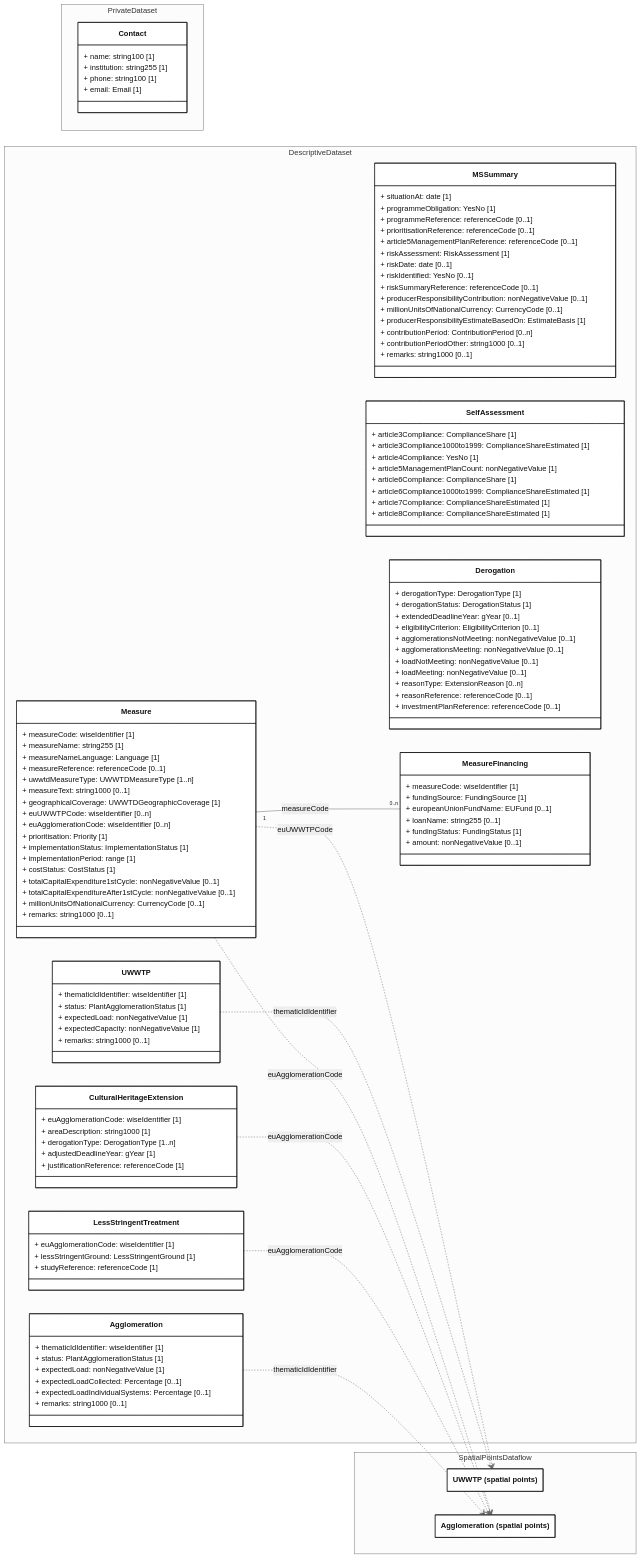
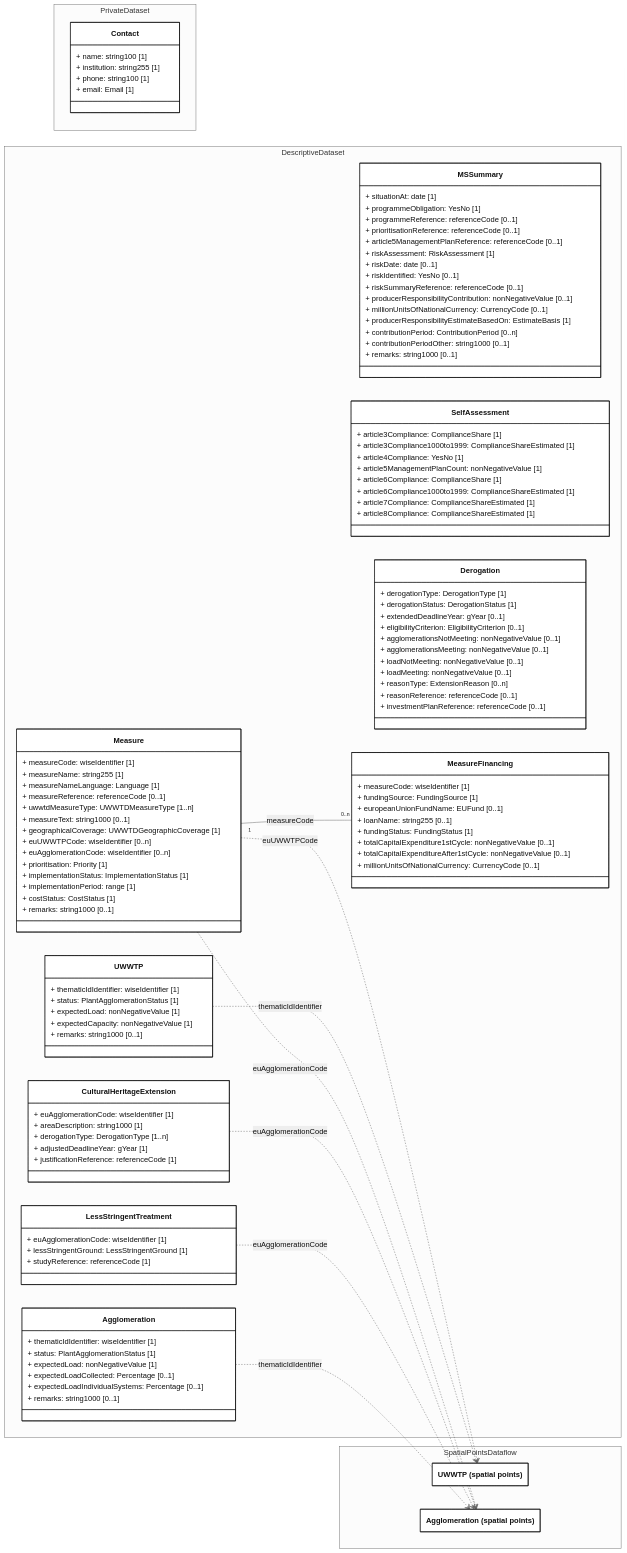
One commit to eeadata/WISE.UWWTD.Documentation changed the diagram in docs/rUWWTD2024/Article23/mmd/Article23_Tables_ClassDiagram.mmd. Above: the diagram before and after it, drawn with Mermaid. The commit also changed 17 other files, not shown here.

First line of the commit message:
Report capital expenditure per source of financing, as in the WFD

```diff
--- a/docs/rUWWTD2024/Article23/mmd/Article23_Tables_ClassDiagram.mmd
+++ b/docs/rUWWTD2024/Article23/mmd/Article23_Tables_ClassDiagram.mmd
@@ -1,129 +1,128 @@
 ---
 config:
   class:
     hideEmptyMembersBox: true
   layout: dagre
   theme: neutral
 ---
 classDiagram
 direction LR
 
 namespace PrivateDataset {
     class Contact {
         + name: string100 [1]
         + institution: string255 [1]
         + phone: string100 [1]
         + email: Email [1]
     }
 }
 namespace DescriptiveDataset {
     class MSSummary {
         + situationAt: date [1]
         + programmeObligation: YesNo [1]
         + programmeReference: referenceCode [0..1]
         + prioritisationReference: referenceCode [0..1]
         + article5ManagementPlanReference: referenceCode [0..1]
         + riskAssessment: RiskAssessment [1]
         + riskDate: date [0..1]
         + riskIdentified: YesNo [0..1]
         + riskSummaryReference: referenceCode [0..1]
         + producerResponsibilityContribution: nonNegativeValue [0..1]
         + millionUnitsOfNationalCurrency: CurrencyCode [0..1]
         + producerResponsibilityEstimateBasedOn: EstimateBasis [1]
         + contributionPeriod: ContributionPeriod [0..n]
         + contributionPeriodOther: string1000 [0..1]
         + remarks: string1000 [0..1]
     }
     class SelfAssessment {
         + article3Compliance: ComplianceShare [1]
         + article3Compliance1000to1999: ComplianceShareEstimated [1]
         + article4Compliance: YesNo [1]
         + article5ManagementPlanCount: nonNegativeValue [1]
         + article6Compliance: ComplianceShare [1]
         + article6Compliance1000to1999: ComplianceShareEstimated [1]
         + article7Compliance: ComplianceShareEstimated [1]
         + article8Compliance: ComplianceShareEstimated [1]
     }
     class Derogation {
         + derogationType: DerogationType [1]
         + derogationStatus: DerogationStatus [1]
         + extendedDeadlineYear: gYear [0..1]
         + eligibilityCriterion: EligibilityCriterion [0..1]
         + agglomerationsNotMeeting: nonNegativeValue [0..1]
         + agglomerationsMeeting: nonNegativeValue [0..1]
         + loadNotMeeting: nonNegativeValue [0..1]
         + loadMeeting: nonNegativeValue [0..1]
         + reasonType: ExtensionReason [0..n]
         + reasonReference: referenceCode [0..1]
         + investmentPlanReference: referenceCode [0..1]
     }
     class CulturalHeritageExtension {
         + euAgglomerationCode: wiseIdentifier [1]
         + areaDescription: string1000 [1]
         + derogationType: DerogationType [1..n]
         + adjustedDeadlineYear: gYear [1]
         + justificationReference: referenceCode [1]
     }
     class LessStringentTreatment {
         + euAgglomerationCode: wiseIdentifier [1]
         + lessStringentGround: LessStringentGround [1]
         + studyReference: referenceCode [1]
     }
     class Measure {
         + measureCode: wiseIdentifier [1]
         + measureName: string255 [1]
         + measureNameLanguage: Language [1]
         + measureReference: referenceCode [0..1]
         + uwwtdMeasureType: UWWTDMeasureType [1..n]
         + measureText: string1000 [0..1]
         + geographicalCoverage: UWWTDGeographicCoverage [1]
         + euUWWTPCode: wiseIdentifier [0..n]
         + euAgglomerationCode: wiseIdentifier [0..n]
         + prioritisation: Priority [1]
         + implementationStatus: ImplementationStatus [1]
         + implementationPeriod: range [1]
         + costStatus: CostStatus [1]
-        + totalCapitalExpenditure1stCycle: nonNegativeValue [0..1]
-        + totalCapitalExpenditureAfter1stCycle: nonNegativeValue [0..1]
-        + millionUnitsOfNationalCurrency: CurrencyCode [0..1]
         + remarks: string1000 [0..1]
     }
     class MeasureFinancing {
         + measureCode: wiseIdentifier [1]
         + fundingSource: FundingSource [1]
         + europeanUnionFundName: EUFund [0..1]
         + loanName: string255 [0..1]
         + fundingStatus: FundingStatus [1]
-        + amount: nonNegativeValue [0..1]
+        + totalCapitalExpenditure1stCycle: nonNegativeValue [0..1]
+        + totalCapitalExpenditureAfter1stCycle: nonNegativeValue [0..1]
+        + millionUnitsOfNationalCurrency: CurrencyCode [0..1]
     }
     class UWWTP {
         + thematicIdIdentifier: wiseIdentifier [1]
         + status: PlantAgglomerationStatus [1]
         + expectedLoad: nonNegativeValue [1]
         + expectedCapacity: nonNegativeValue [1]
         + remarks: string1000 [0..1]
     }
     class Agglomeration {
         + thematicIdIdentifier: wiseIdentifier [1]
         + status: PlantAgglomerationStatus [1]
         + expectedLoad: nonNegativeValue [1]
         + expectedLoadCollected: Percentage [0..1]
         + expectedLoadIndividualSystems: Percentage [0..1]
         + remarks: string1000 [0..1]
     }
 }
 namespace SpatialPointsDataflow {
     class SpatialUWWTP["UWWTP (spatial points)"]
     class SpatialAgglomeration["Agglomeration (spatial points)"]
 }
 
 Measure "1" -- "0..n" MeasureFinancing : measureCode
 Measure ..> SpatialUWWTP : euUWWTPCode
 Measure ..> SpatialAgglomeration : euAgglomerationCode
 CulturalHeritageExtension ..> SpatialAgglomeration : euAgglomerationCode
 LessStringentTreatment ..> SpatialAgglomeration : euAgglomerationCode
 UWWTP ..> SpatialUWWTP : thematicIdIdentifier
 Agglomeration ..> SpatialAgglomeration : thematicIdIdentifier
 
 classDef default fill:white,stroke:#000;
 classDef forFixing fill:white,stroke:#f00;
```
